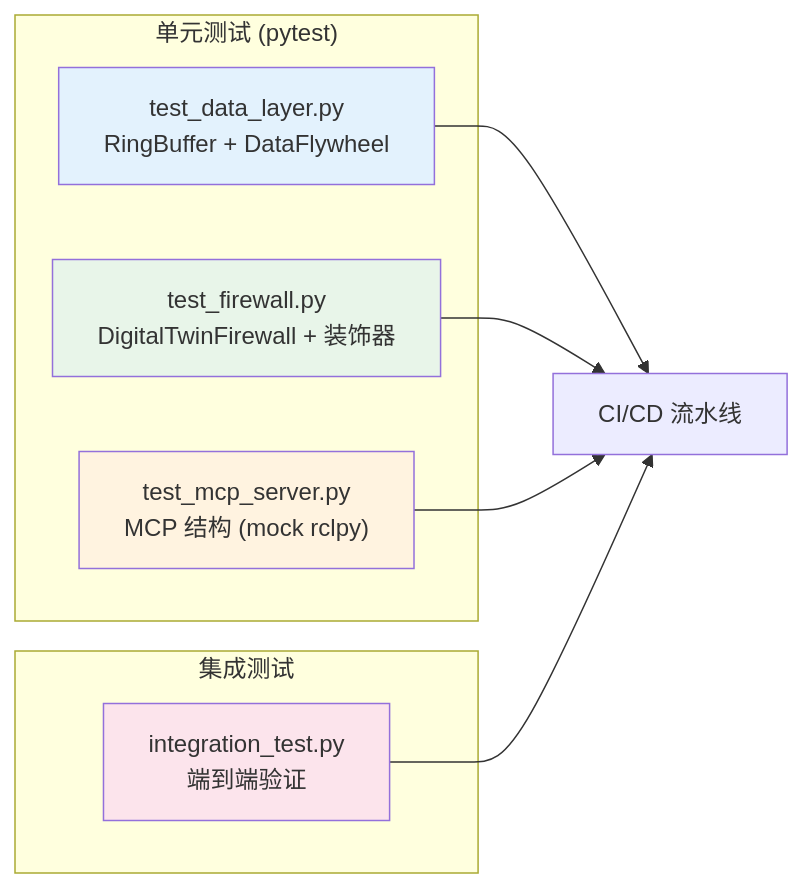
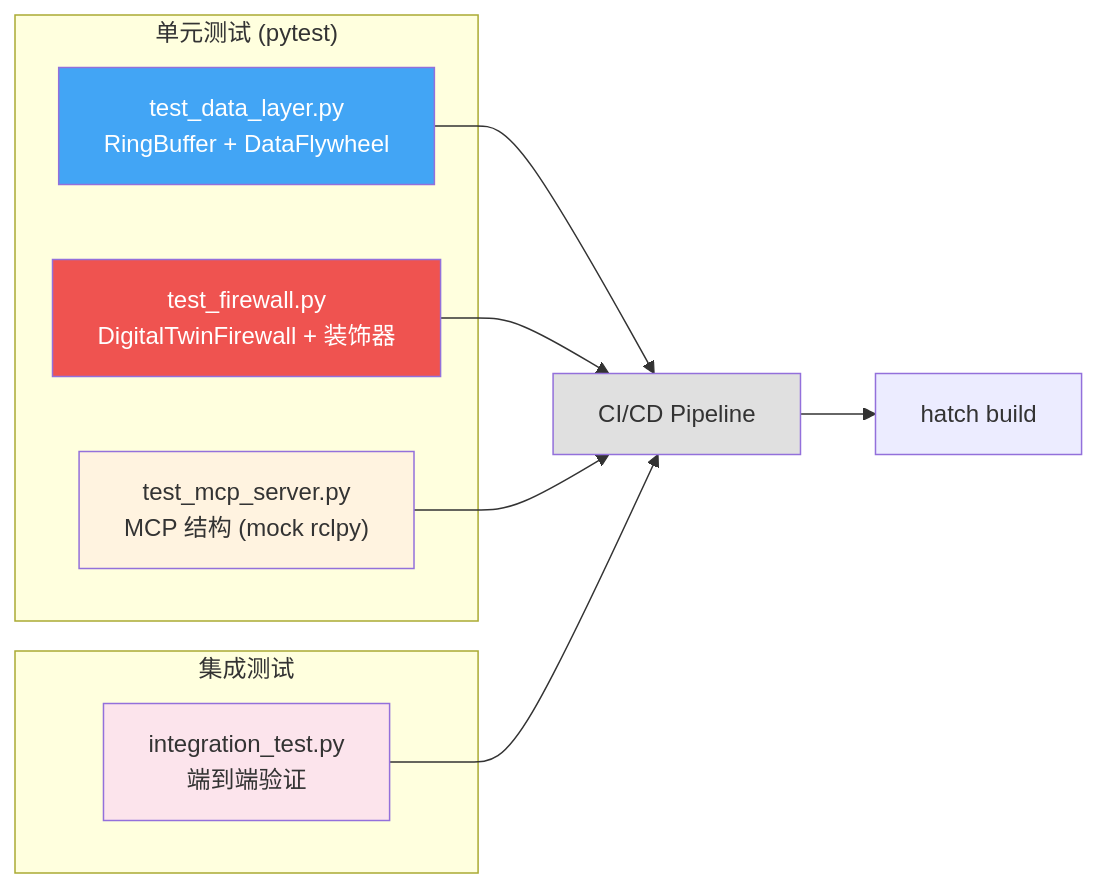
Diagram 16 of 17 in robot-agents/rosclaw/ANALYSIS.md (yongqingzs/legged_docs), drawn with Mermaid before and after one commit. The commit also changed other lines of this file and 2 other files, not shown here.

````diff
--- a/robot-agents/rosclaw/ANALYSIS.md
+++ b/robot-agents/rosclaw/ANALYSIS.md
@@ -676,22 +678,24 @@
 ```mermaid
 flowchart LR
-    subgraph Unit["单元测试 (pytest)"]
+    subgraph "单元测试 (pytest)"
         T1["test_data_layer.py<br/>RingBuffer + DataFlywheel"]
         T2["test_firewall.py<br/>DigitalTwinFirewall + 装饰器"]
         T3["test_mcp_server.py<br/>MCP 结构 (mock rclpy)"]
     end
 
-    subgraph Integration["集成测试"]
+    subgraph "集成测试"
         T4["integration_test.py<br/>端到端验证"]
     end
 
-    T1 --> CI["CI/CD 流水线"]
+    T1 --> CI["CI/CD Pipeline"]
     T2 --> CI
     T3 --> CI
     T4 --> CI
+    CI --> BUILD["hatch build"]
 
-    style T1 fill:#e3f2fd
-    style T2 fill:#e8f5e9
+    style T1 fill:#42a5f5,color:#fff
+    style T2 fill:#ef5350,color:#fff
     style T3 fill:#fff3e0
     style T4 fill:#fce4ec
+    style CI fill:#e0e0e0
 ```
````
